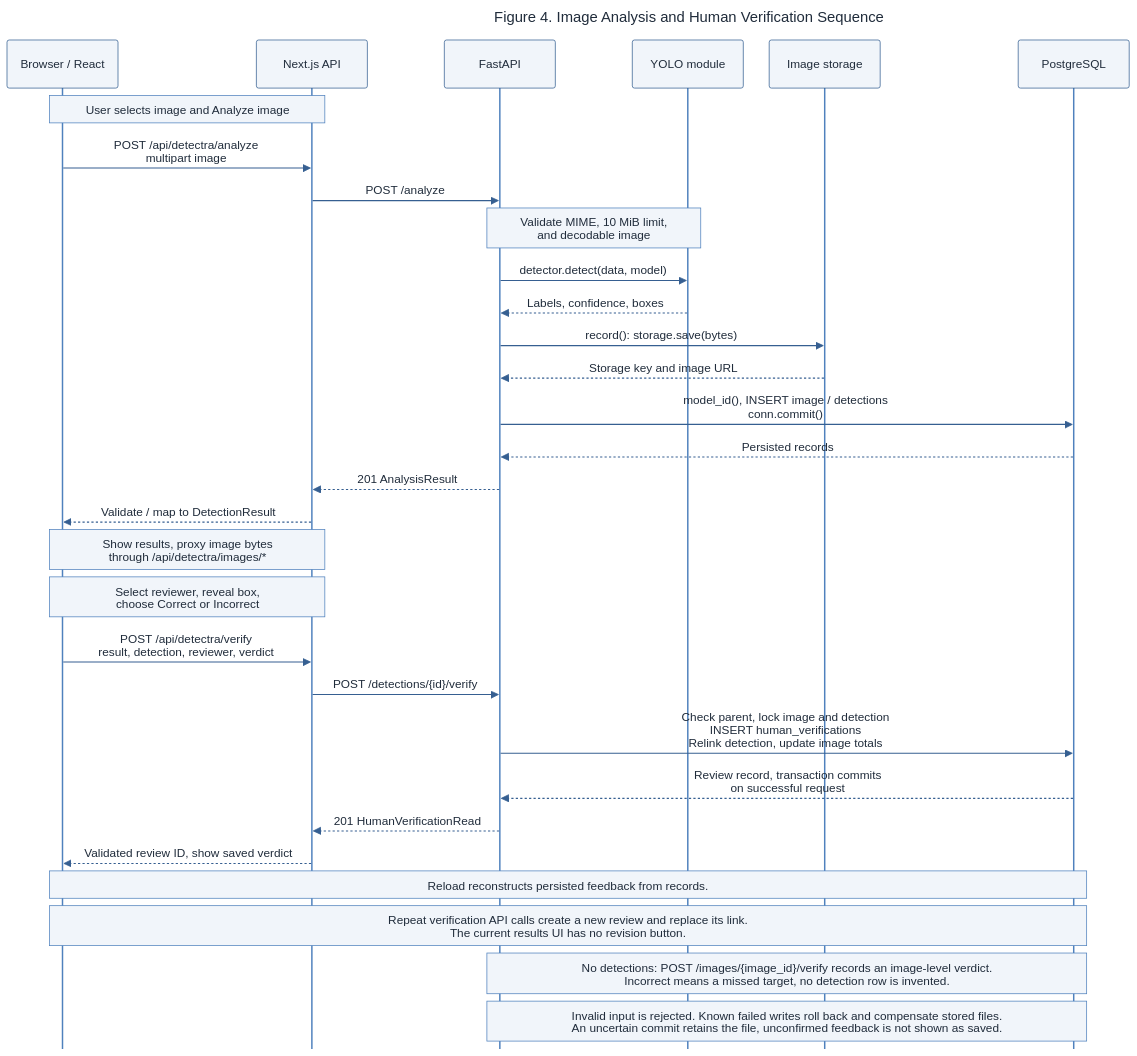
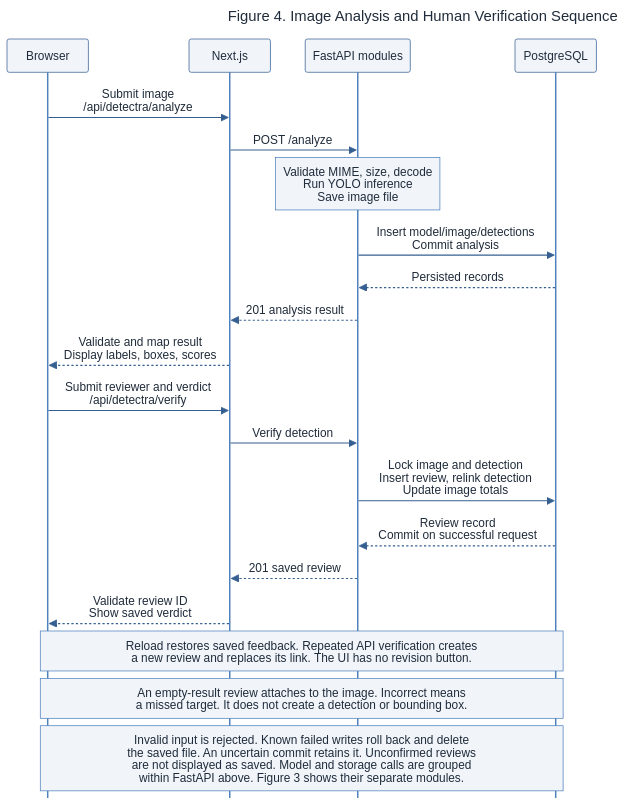
The diagram in docs/phase4/figures/figure-04-analysis-verification-sequence.mmd (elyannmarih/Computer-Vision-Based-Animal-Detection-and-Monitoring-System), drawn with Mermaid before and after one commit. The commit also changed 4 other files, not shown here.

```diff
--- a/docs/phase4/figures/figure-04-analysis-verification-sequence.mmd
+++ b/docs/phase4/figures/figure-04-analysis-verification-sequence.mmd
@@ -1,72 +1,64 @@
 ---
 title: Figure 4. Image Analysis and Human Verification Sequence
 config:
   theme: base
   look: classic
   markdownAutoWrap: false
   themeVariables:
     fontFamily: Times New Roman, Times, serif
     fontSize: 20px
     primaryColor: '#F1F5FA'
     primaryTextColor: '#202C3B'
     primaryBorderColor: '#365F91'
     lineColor: '#365F91'
     actorBkg: '#F1F5FA'
     actorBorder: '#365F91'
     actorTextColor: '#202C3B'
     actorLineColor: '#4F81BD'
     signalColor: '#365F91'
     signalTextColor: '#202C3B'
     noteBkgColor: '#F1F5FA'
     noteBorderColor: '#4F81BD'
     noteTextColor: '#202C3B'
     labelBoxBkgColor: '#FFFFFF'
     labelBoxBorderColor: '#365F91'
     labelTextColor: '#365F91'
     loopTextColor: '#202C3B'
   themeCSS: ".actor-line {stroke-dasharray: 6 5;} .messageText {paint-order: stroke; stroke: white; stroke-width: 5px; stroke-linejoin: round;} .titleText {fill: #365F91;}"
   sequence:
     actorFontFamily: Times New Roman, Times, serif
     actorFontSize: 20
     messageFontFamily: Times New Roman, Times, serif
     messageFontSize: 20
     noteFontFamily: Times New Roman, Times, serif
     noteFontSize: 20
     mirrorActors: false
-    actorMargin: 35
-    messageMargin: 32
+    actorMargin: 20
+    messageMargin: 18
+    width: 110
+    height: 45
     wrap: false
 ---
 sequenceDiagram
   accTitle: Image Analysis and Human Verification Sequence
   accDescr: Ordered calls and returns for upload, real inference, storage, database persistence and human feedback. Notes distinguish API revision from the current UI.
-  participant B as Browser / React
-  participant N as Next.js API
-  participant A as FastAPI
-  participant Y as YOLO module
-  participant S as Image storage
+  participant B as Browser
+  participant N as Next.js
+  participant A as FastAPI modules
   participant D as PostgreSQL
-  Note over B,N: User selects image and Analyze image
-  B->>N: POST /api/detectra/analyze<br/>multipart image
+  B->>N: Submit image<br/>/api/detectra/analyze
   N->>A: POST /analyze
-  Note over A,Y: Validate MIME, 10 MiB limit,<br/>and decodable image
-  A->>Y: detector.detect(data, model)
-  Y-->>A: Labels, confidence, boxes
-  A->>S: record(): storage.save(bytes)
-  S-->>A: Storage key and image URL
-  A->>D: model_id(), INSERT image / detections<br/>conn.commit()
+  Note over A: Validate MIME, size, decode<br/>Run YOLO inference<br/>Save image file
+  A->>D: Insert model/image/detections<br/>Commit analysis
   D-->>A: Persisted records
-  A-->>N: 201 AnalysisResult
-  N-->>B: Validate / map to DetectionResult
-  Note over B,N: Show results, proxy image bytes<br/>through /api/detectra/images/*
-  Note over B,N: Select reviewer, reveal box,<br/>choose Correct or Incorrect
-  B->>N: POST /api/detectra/verify<br/>result, detection, reviewer, verdict
-  N->>A: POST /detections/{id}/verify
-  A->>D: Check parent, lock image and detection<br/>INSERT human_verifications<br/>Relink detection, update image totals
-  D-->>A: Review record, transaction commits<br/>on successful request
-  A-->>N: 201 HumanVerificationRead
-  N-->>B: Validated review ID, show saved verdict
-  Note over B,D: Reload reconstructs persisted feedback from records.
-  Note over B,D: Repeat verification API calls create a new review and replace its link.<br/>The current results UI has no revision button.
-  Note over A,D: No detections: POST /images/{image_id}/verify records an image-level verdict.<br/>Incorrect means a missed target, no detection row is invented.
-  Note over A,D: Invalid input is rejected. Known failed writes roll back and compensate stored files.<br/>An uncertain commit retains the file, unconfirmed feedback is not shown as saved.
+  A-->>N: 201 analysis result
+  N-->>B: Validate and map result<br/>Display labels, boxes, scores
+  B->>N: Submit reviewer and verdict<br/>/api/detectra/verify
+  N->>A: Verify detection
+  A->>D: Lock image and detection<br/>Insert review, relink detection<br/>Update image totals
+  D-->>A: Review record<br/>Commit on successful request
+  A-->>N: 201 saved review
+  N-->>B: Validate review ID<br/>Show saved verdict
+  Note over B,D: Reload restores saved feedback. Repeated API verification creates<br/>a new review and replaces its link. The UI has no revision button.
+  Note over B,D: An empty-result review attaches to the image. Incorrect means<br/>a missed target. It does not create a detection or bounding box.
+  Note over B,D: Invalid input is rejected. Known failed writes roll back and delete<br/>the saved file. An uncertain commit retains it. Unconfirmed reviews<br/>are not displayed as saved. Model and storage calls are grouped<br/>within FastAPI above. Figure 3 shows their separate modules.
```
